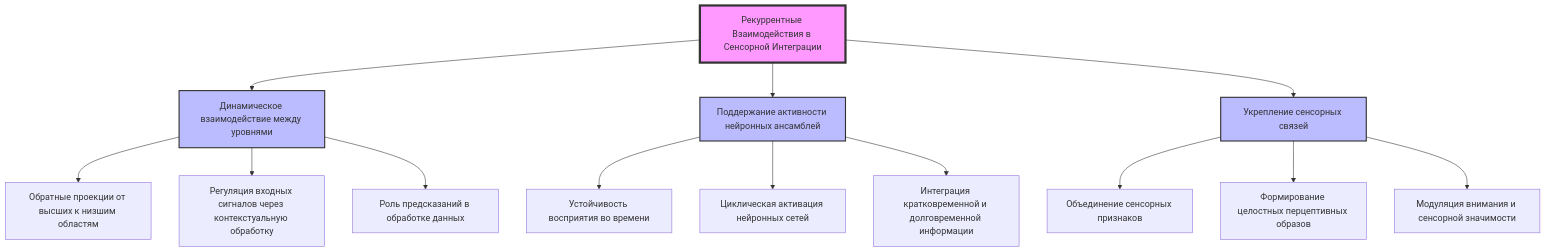
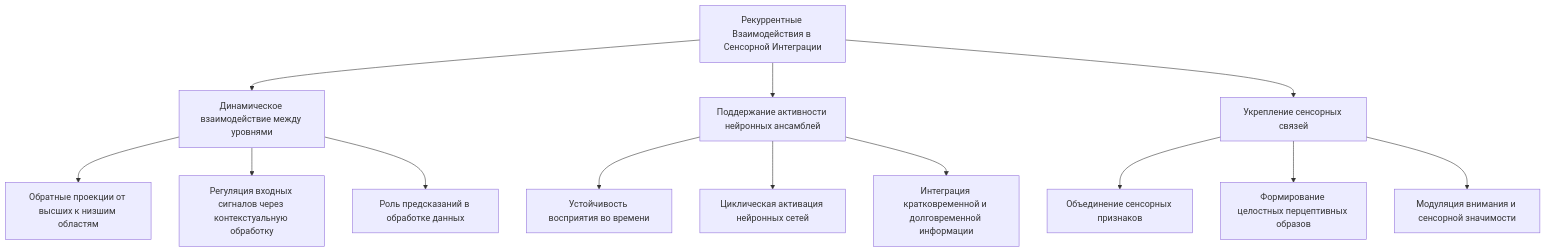
One commit to commeta/consciousness changed the seventh of 19 diagrams in Multimodal-perceptual-representation.md. Above: the diagram before and after it, drawn with Mermaid. The commit also changed other lines of this file, not shown here.

````diff
--- a/Multimodal-perceptual-representation.md
+++ b/Multimodal-perceptual-representation.md
@@ -301,23 +307,18 @@
 ```mermaid
 graph TD
     A[Рекуррентные Взаимодействия в Сенсорной Интеграции] --> B1[Динамическое взаимодействие между уровнями]
     A --> B2[Поддержание активности нейронных ансамблей]
     A --> B3[Укрепление сенсорных связей]
 
     B1 --> C1[Обратные проекции от высших к низшим областям]
     B1 --> C2[Регуляция входных сигналов через контекстуальную обработку]
     B1 --> C3[Роль предсказаний в обработке данных]
 
     B2 --> C4[Устойчивость восприятия во времени]
     B2 --> C5[Циклическая активация нейронных сетей]
     B2 --> C6[Интеграция кратковременной и долговременной информации]
 
     B3 --> C7[Объединение сенсорных признаков]
     B3 --> C8[Формирование целостных перцептивных образов]
     B3 --> C9[Модуляция внимания и сенсорной значимости]
-
-    style A fill:#f9f,stroke:#333,stroke-width:4px
-    style B1 fill:#bbf,stroke:#333,stroke-width:2px
-    style B2 fill:#bbf,stroke:#333,stroke-width:2px
-    style B3 fill:#bbf,stroke:#333,stroke-width:2px
 ```
````
